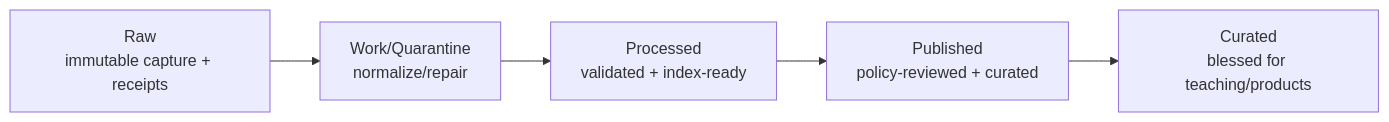
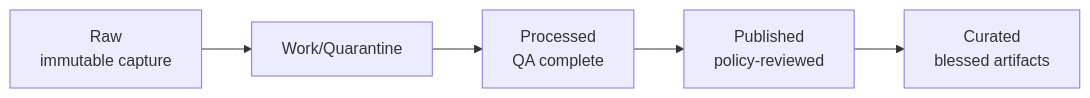
The second of 3 diagrams in README.md (bartytime4life/Kansas-Frontier-Matrix), drawn with Mermaid before and after one commit. The commit also changed other lines of this file, not shown here.

````diff
--- a/README.md
+++ b/README.md
@@ -96,7 +104,7 @@
 ```mermaid
 flowchart LR
-  R[Raw\nimmutable capture + receipts] --> W[Work/Quarantine\nnormalize/repair]
-  W --> P[Processed\nvalidated + index-ready]
-  P --> U[Published\npolicy-reviewed + curated]
-  U --> C[Curated\nblessed for teaching/products]
+  R[Raw<br/>immutable capture] --> W[Work/Quarantine]
+  W --> P[Processed<br/>QA complete]
+  P --> U[Published<br/>policy-reviewed]
+  U --> C[Curated<br/>blessed artifacts]
 ```
````
